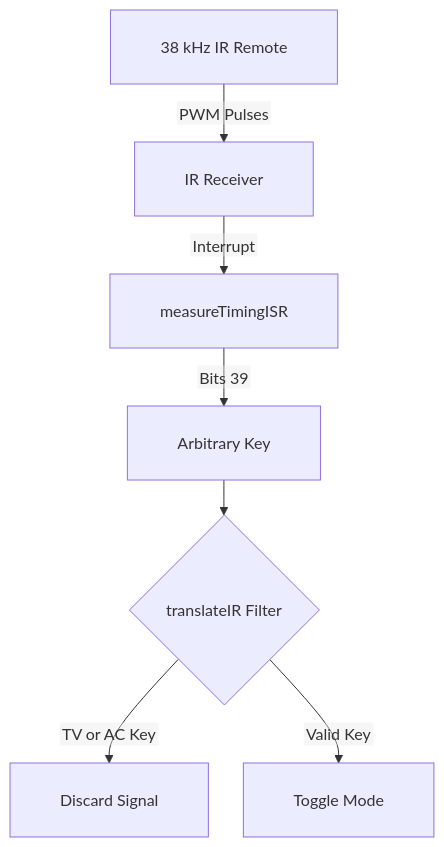
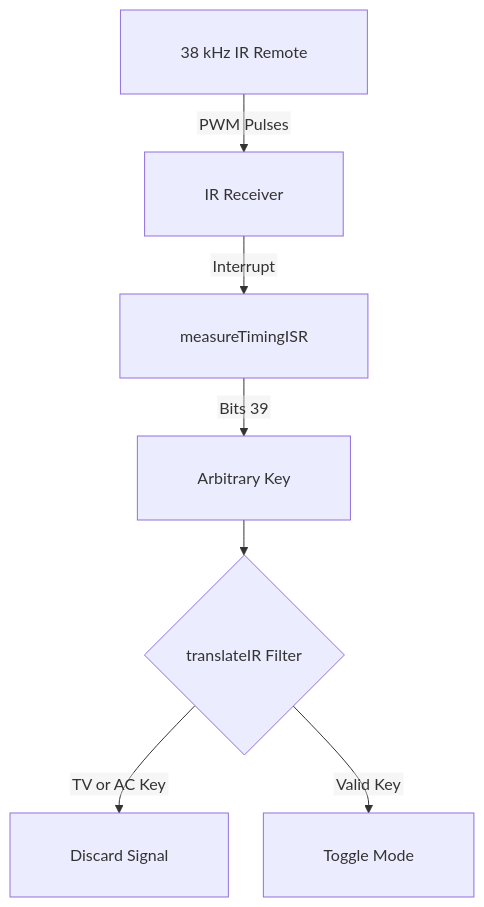
One commit to antor44/Acquisition4microcontrollers changed the first of 2 diagrams in README.md. Above: the diagram before and after it, drawn with Mermaid. The commit also changed other lines of this file, not shown here.

Commit message:
Adjust mermaid diagram padding and settings
Updated mermaid diagram configurations for improved layout.

````diff
--- a/README.md
+++ b/README.md
@@ -41,10 +41,10 @@
 ```mermaid
-%%{init: {'flowchart': {'htmlLabels': false, 'padding': 25, 'nodeSpacing': 35, 'rankSpacing': 35}}}%%
+%%{init: {'flowchart': {'htmlLabels': false, 'padding': 30, 'nodeSpacing': 35, 'rankSpacing': 35}}}%%
 flowchart TD
     A["38 kHz IR Remote"] -->|PWM Pulses| B["IR Receiver"]
     B -->|Interrupt| C["measureTimingISR"]
     C -->|Bits > 39| D["Arbitrary Key"]
     D --> E{"translateIR Filter"}
     E -->|TV or AC Key| F["Discard Signal"]
     E -->|Valid Key| G["Toggle Mode"]
 ```
````
